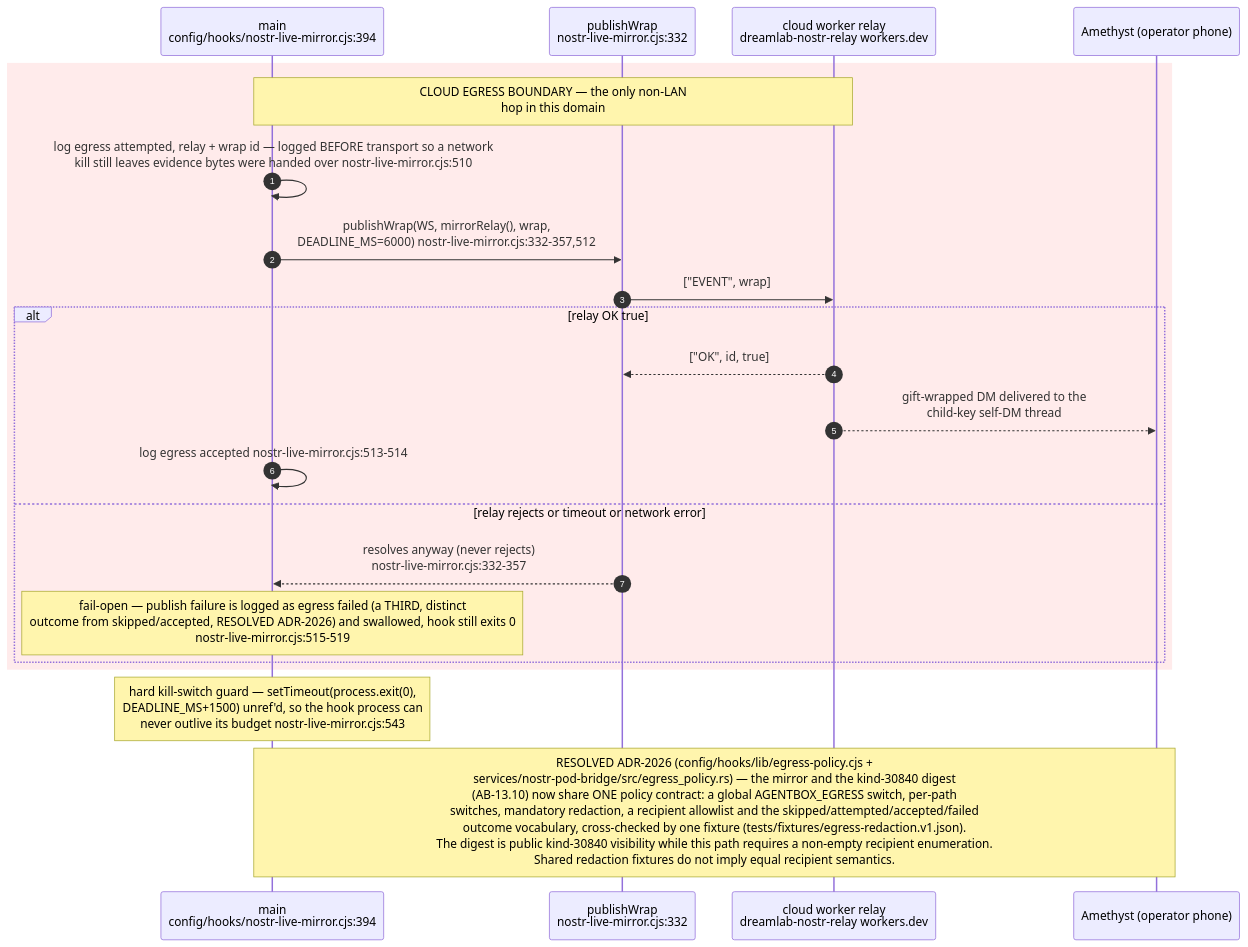
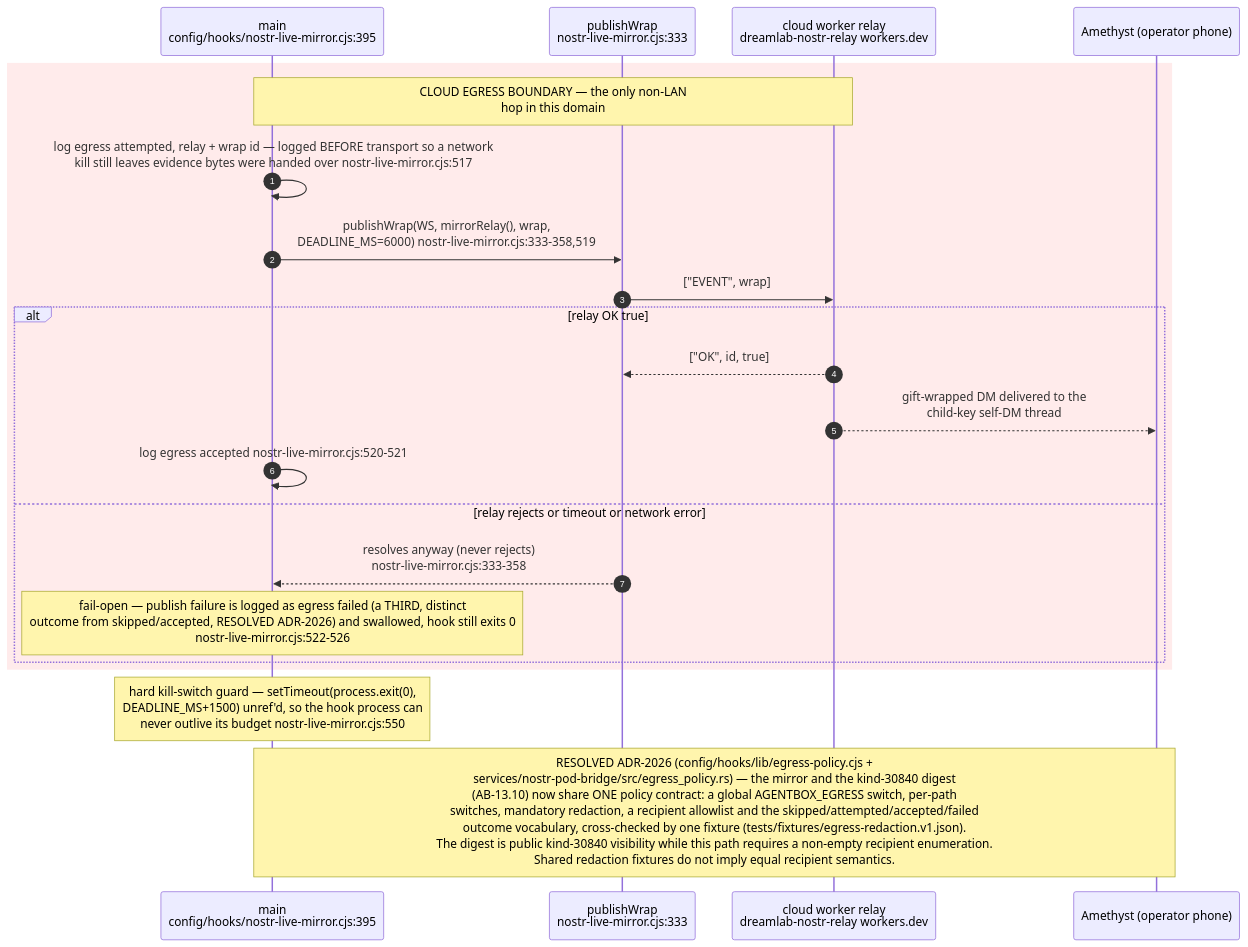
Diagram 12 of 16 in docs/diagrams/agentbox/13-nostr-relay-gateway-bridge-mirror.md (DreamLab-AI/VisionFlow), drawn with Mermaid before and after one commit. The commit also changed other lines of this file and 36 other files, not shown here.

First line of the commit message:
docs(diagrams): re-derive and re-stamp agentbox, dream-engine, visioncraft, visiontouch and vowl topics; drop LAN addresses

````diff
--- a/docs/diagrams/agentbox/13-nostr-relay-gateway-bridge-mirror.md
+++ b/docs/diagrams/agentbox/13-nostr-relay-gateway-bridge-mirror.md
@@ -521,25 +522,25 @@
 ```mermaid
 sequenceDiagram
     autonumber
-    participant MAIN as main<br/>config/hooks/nostr-live-mirror.cjs:394
-    participant PUB as publishWrap<br/>nostr-live-mirror.cjs:332
+    participant MAIN as main<br/>config/hooks/nostr-live-mirror.cjs:395
+    participant PUB as publishWrap<br/>nostr-live-mirror.cjs:333
     participant CLOUD as cloud worker relay<br/>dreamlab-nostr-relay workers.dev
     participant AME as Amethyst (operator phone)
 
     rect rgb(255, 235, 235)
 Note over MAIN,CLOUD: CLOUD EGRESS BOUNDARY — the only non-LAN<br/>hop in this domain
-MAIN->>MAIN: log egress attempted, relay + wrap id — logged BEFORE transport so a network<br/>kill still leaves evidence bytes were handed over nostr-live-mirror.cjs:510
-MAIN->>PUB: publishWrap(WS, mirrorRelay(), wrap,<br/>DEADLINE_MS=6000) nostr-live-mirror.cjs:332-357,512
+MAIN->>MAIN: log egress attempted, relay + wrap id — logged BEFORE transport so a network<br/>kill still leaves evidence bytes were handed over nostr-live-mirror.cjs:517
+MAIN->>PUB: publishWrap(WS, mirrorRelay(), wrap,<br/>DEADLINE_MS=6000) nostr-live-mirror.cjs:333-358,519
     PUB->>CLOUD: ["EVENT", wrap]
     alt relay OK true
         CLOUD-->>PUB: ["OK", id, true]
         CLOUD-->>AME: gift-wrapped DM delivered to the<br/>child-key self-DM thread
-        MAIN->>MAIN: log egress accepted nostr-live-mirror.cjs:513-514
+        MAIN->>MAIN: log egress accepted nostr-live-mirror.cjs:520-521
     else relay rejects or timeout or network error
-PUB-->>MAIN: resolves anyway (never rejects)<br/>nostr-live-mirror.cjs:332-357
-Note over MAIN: fail-open — publish failure is logged as egress failed (a THIRD, distinct<br/>outcome from skipped/accepted, RESOLVED ADR-2026) and swallowed, hook still exits 0<br/>nostr-live-mirror.cjs:515-519
+PUB-->>MAIN: resolves anyway (never rejects)<br/>nostr-live-mirror.cjs:333-358
+Note over MAIN: fail-open — publish failure is logged as egress failed (a THIRD, distinct<br/>outcome from skipped/accepted, RESOLVED ADR-2026) and swallowed, hook still exits 0<br/>nostr-live-mirror.cjs:522-526
     end
     end
-Note over MAIN: hard kill-switch guard — setTimeout(process.exit(0),<br/>DEADLINE_MS+1500) unref'd, so the hook process can<br/>never outlive its budget nostr-live-mirror.cjs:543
+Note over MAIN: hard kill-switch guard — setTimeout(process.exit(0),<br/>DEADLINE_MS+1500) unref'd, so the hook process can<br/>never outlive its budget nostr-live-mirror.cjs:550
 Note over MAIN,AME: RESOLVED ADR-2026 (config/hooks/lib/egress-policy.cjs +<br/>services/nostr-pod-bridge/src/egress_policy.rs) — the mirror and the kind-30840 digest<br/>(AB-13.10) now share ONE policy contract: a global AGENTBOX_EGRESS switch, per-path<br/>switches, mandatory redaction, a recipient allowlist and the skipped/attempted/accepted/failed<br/>outcome vocabulary, cross-checked by one fixture (tests/fixtures/egress-redaction.v1.json).<br/>The digest is public kind-30840 visibility while this path requires a non-empty recipient enumeration.<br/>Shared redaction fixtures do not imply equal recipient semantics.
 ```
````
